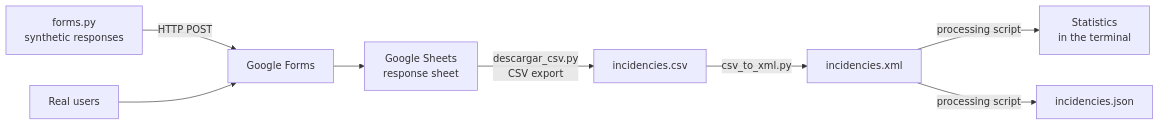
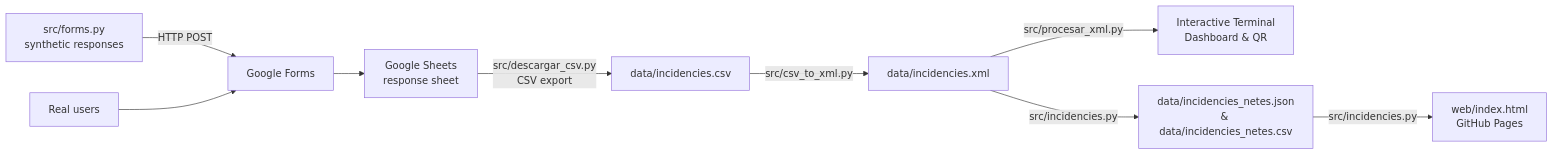
The first of 2 diagrams in README.md (ASIXcD1MDS/TA04-g07-ValyaevAlexander-PonziGabriel-ASIXc1D), drawn with Mermaid before and after one commit. The commit also changed other lines of this file, not shown here.

Commit message:
Update README.md with current structure, startup.sh, web dashboard and QR

````diff
--- a/README.md
+++ b/README.md
@@ -43,10 +45,11 @@
 ```mermaid
 flowchart LR
-    A[forms.py<br/>synthetic responses] -->|HTTP POST| B[Google Forms]
+    A[src/forms.py<br/>synthetic responses] -->|HTTP POST| B[Google Forms]
     U[Real users] --> B
     B --> C[Google Sheets<br/>response sheet]
-    C -->|descargar_csv.py<br/>CSV export| D[incidencies.csv]
-    D -->|csv_to_xml.py| E[incidencies.xml]
-    E -->|processing script| F[Statistics<br/>in the terminal]
-    E -->|processing script| G[incidencies.json]
+    C -->|src/descargar_csv.py<br/>CSV export| D[data/incidencies.csv]
+    D -->|src/csv_to_xml.py| E[data/incidencies.xml]
+    E -->|src/procesar_xml.py| F[Interactive Terminal<br/>Dashboard & QR]
+    E -->|src/incidencies.py| G[data/incidencies_netes.json<br/>& data/incidencies_netes.csv]
+    G -->|src/incidencies.py| H[web/index.html<br/>GitHub Pages]
 ```
````
